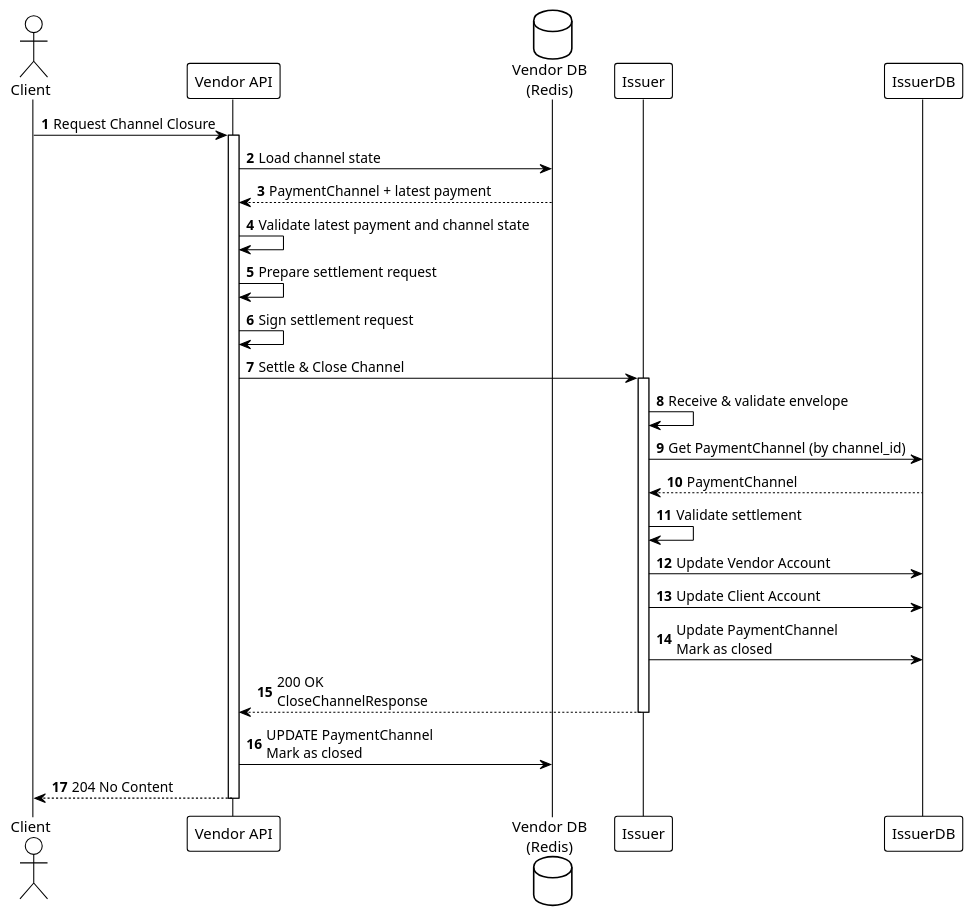
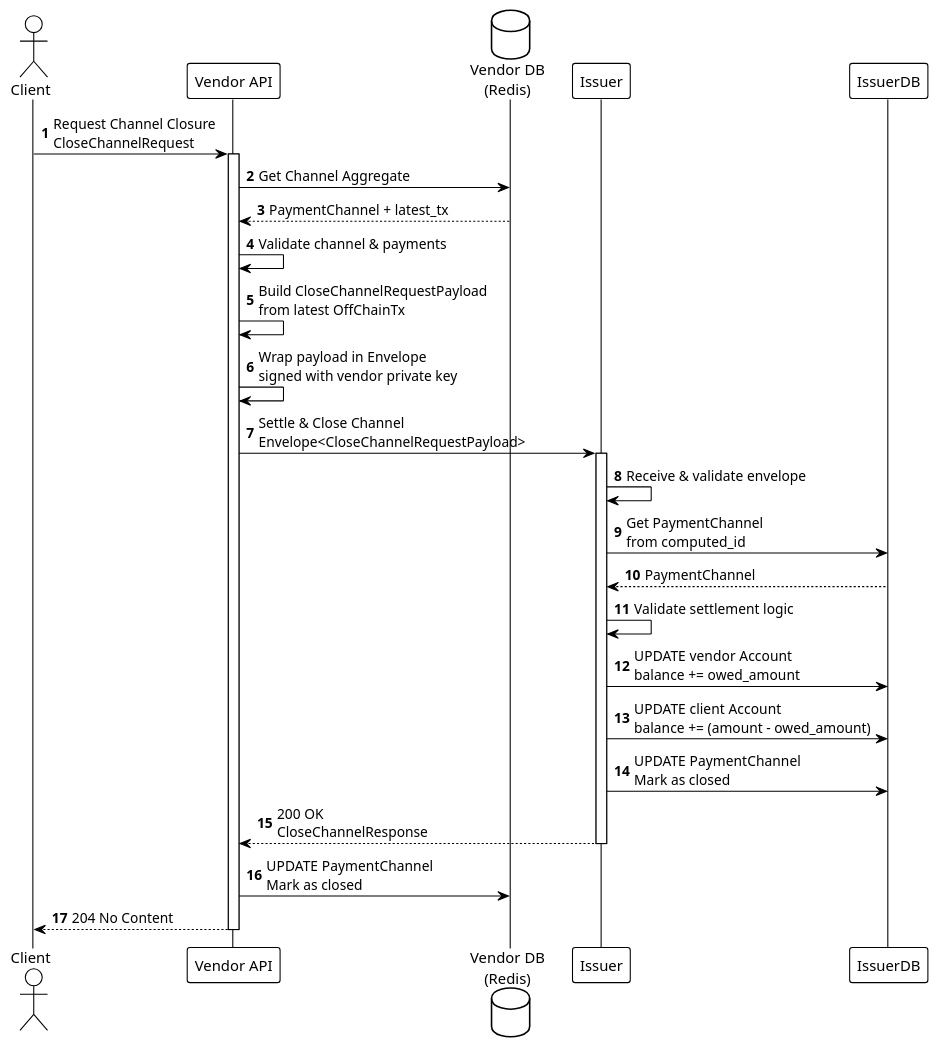
One commit to otaviootavio/nanomoni changed the diagram in umls/phase3-closure-initiation.puml. Above: the diagram before and after it, drawn with PlantUML. The commit also changed 73 other files, not shown here.

Commit message:
Revert "Refactor payment channel handling and update terminology"

```diff
--- a/umls/phase3-closure-initiation.puml
+++ b/umls/phase3-closure-initiation.puml
@@ -1,42 +1,42 @@
 @startuml Phase3a_Closure_Initiation
 
 !theme plain
 autonumber
 
 actor "Client" as Client
 participant "Vendor API" as Vendor
 database "Vendor DB\n(Redis)" as VendorDB
 
-Client -> Vendor: Request Channel Closure
+Client -> Vendor: Request Channel Closure\nCloseChannelRequest
 activate Vendor
 
-Vendor -> VendorDB: Load channel state
-VendorDB --> Vendor: PaymentChannel + latest payment
+Vendor -> VendorDB: Get Channel Aggregate
+VendorDB --> Vendor: PaymentChannel + latest_tx
 
-Vendor -> Vendor: Validate latest payment and channel state
+Vendor -> Vendor: Validate channel & payments
 
-Vendor -> Vendor: Prepare settlement request
-Vendor -> Vendor: Sign settlement request
+Vendor -> Vendor: Build CloseChannelRequestPayload\nfrom latest OffChainTx
+Vendor -> Vendor: Wrap payload in Envelope\nsigned with vendor private key
 
-Vendor -> Issuer: Settle & Close Channel
+Vendor -> Issuer: Settle & Close Channel\nEnvelope<CloseChannelRequestPayload>
 activate Issuer
 
 Issuer -> Issuer: Receive & validate envelope
 
-Issuer -> IssuerDB: Get PaymentChannel (by channel_id)
+Issuer -> IssuerDB: Get PaymentChannel \nfrom computed_id
 IssuerDB --> Issuer: PaymentChannel
 
-Issuer -> Issuer: Validate settlement
+Issuer -> Issuer: Validate settlement logic
 
-Issuer -> IssuerDB: Update Vendor Account
-Issuer -> IssuerDB: Update Client Account
-Issuer -> IssuerDB: Update PaymentChannel\nMark as closed
+Issuer -> IssuerDB: UPDATE vendor Account\nbalance += owed_amount
+Issuer -> IssuerDB: UPDATE client Account\nbalance += (amount - owed_amount)
+Issuer -> IssuerDB: UPDATE PaymentChannel\nMark as closed
 
 Issuer --> Vendor: 200 OK\nCloseChannelResponse
 deactivate Issuer
 
 Vendor -> VendorDB: UPDATE PaymentChannel\nMark as closed
 Vendor --> Client: 204 No Content
 deactivate Vendor
 
 @enduml
```
